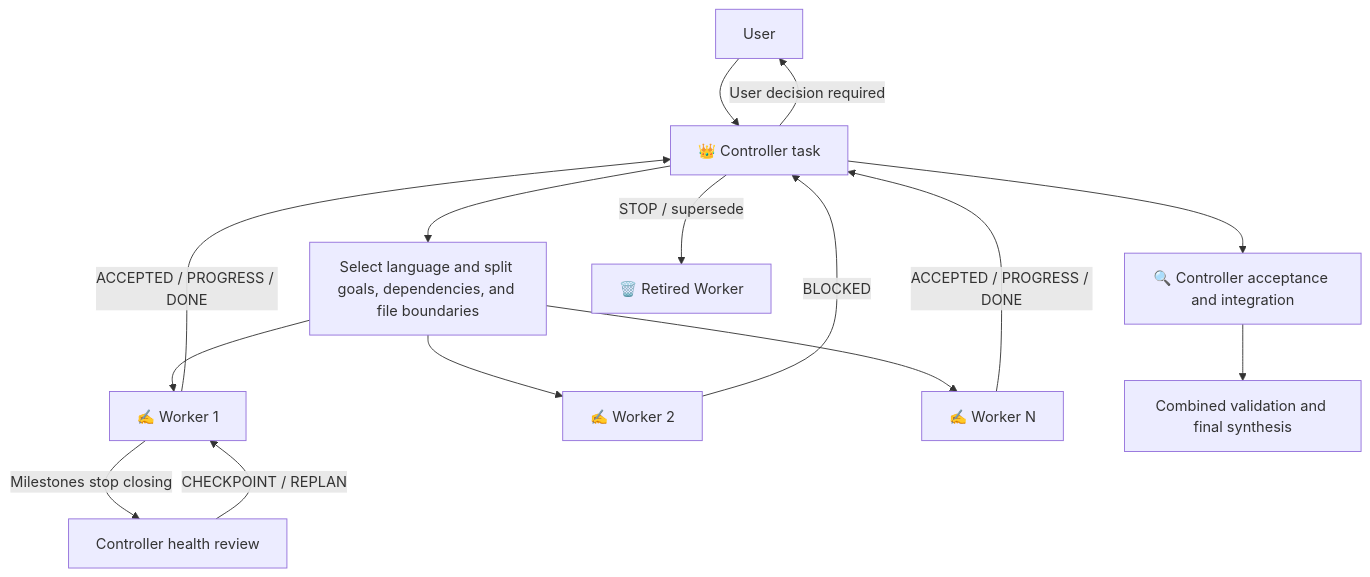
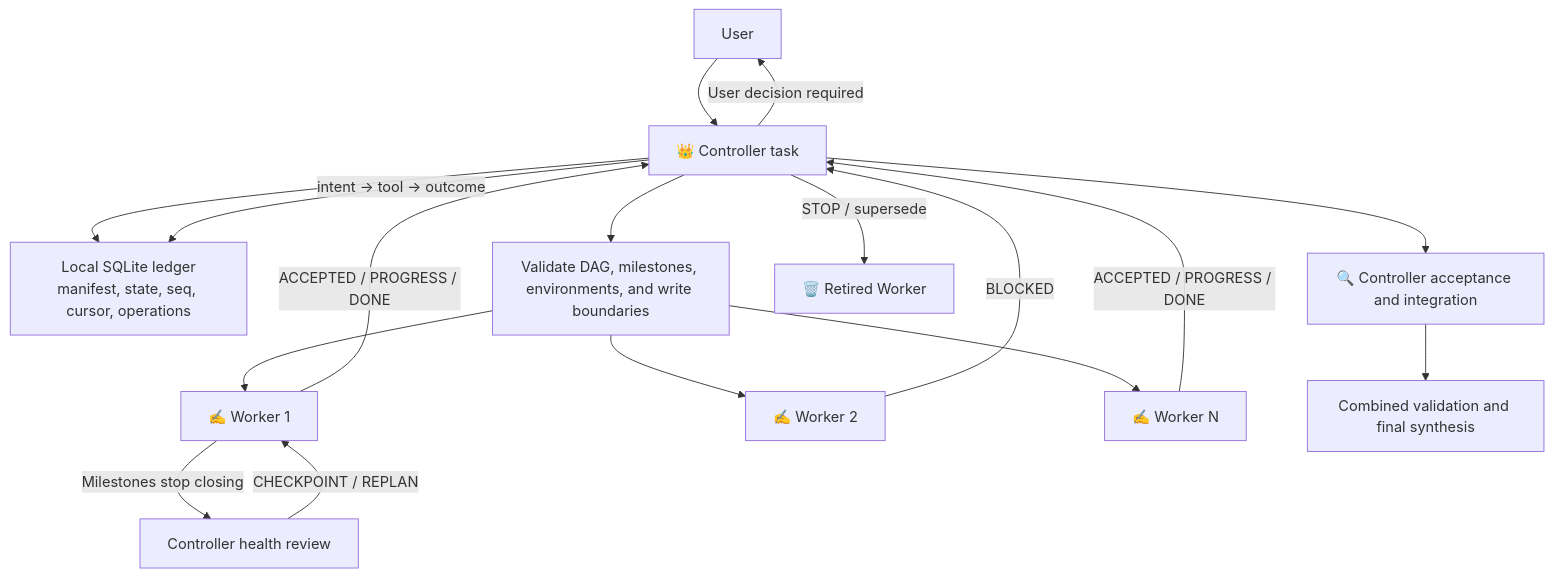
The diagram in README.md (BillSJC/orchestrate-codex-tasks), drawn with Mermaid before and after one commit. The commit also changed other lines of this file and 16 other files, not shown here.

````diff
--- a/README.md
+++ b/README.md
@@ -179,17 +185,19 @@
 ```mermaid
 flowchart TD
     U["User"] --> C["👑 Controller task"]
-    C --> P["Select language and split goals, dependencies, and file boundaries"]
+    C --> L["Local SQLite ledger<br/>manifest, state, seq, cursor, operations"]
+    C --> P["Validate DAG, milestones, environments, and write boundaries"]
     P --> W1["✍️ Worker 1"]
     P --> W2["✍️ Worker 2"]
     P --> W3["✍️ Worker N"]
     W1 -->|"ACCEPTED / PROGRESS / DONE"| C
     W2 -->|"BLOCKED"| C
     W3 -->|"ACCEPTED / PROGRESS / DONE"| C
+    C -->|"intent → tool → outcome"| L
     W1 -->|"Milestones stop closing"| H["Controller health review"]
     H -->|"CHECKPOINT / REPLAN"| W1
     C -->|"User decision required"| U
     C --> V["🔍 Controller acceptance and integration"]
     C -->|"STOP / supersede"| X["🗑️ Retired Worker"]
     V --> R["Combined validation and final synthesis"]
 ```
````
